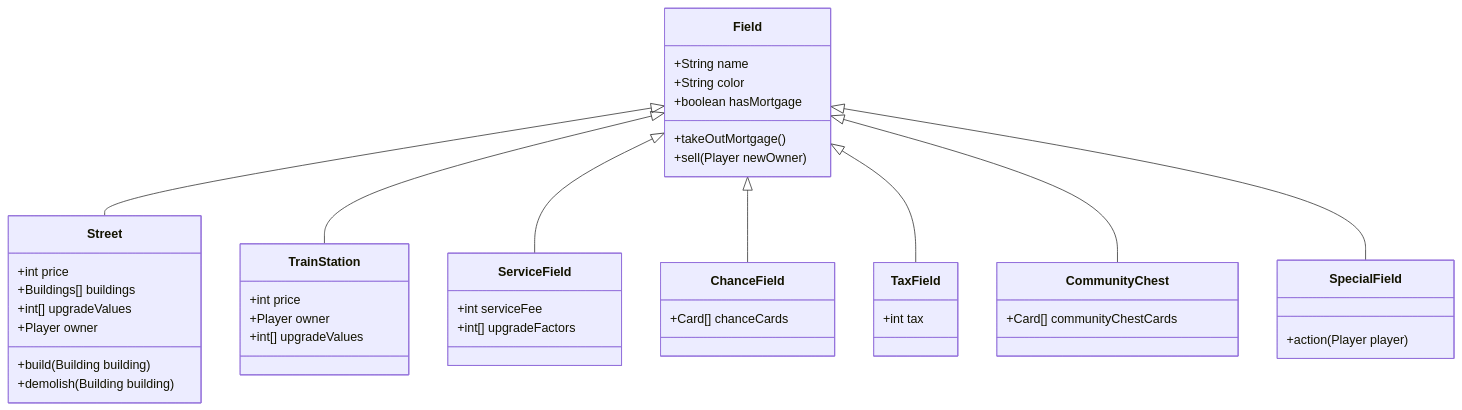
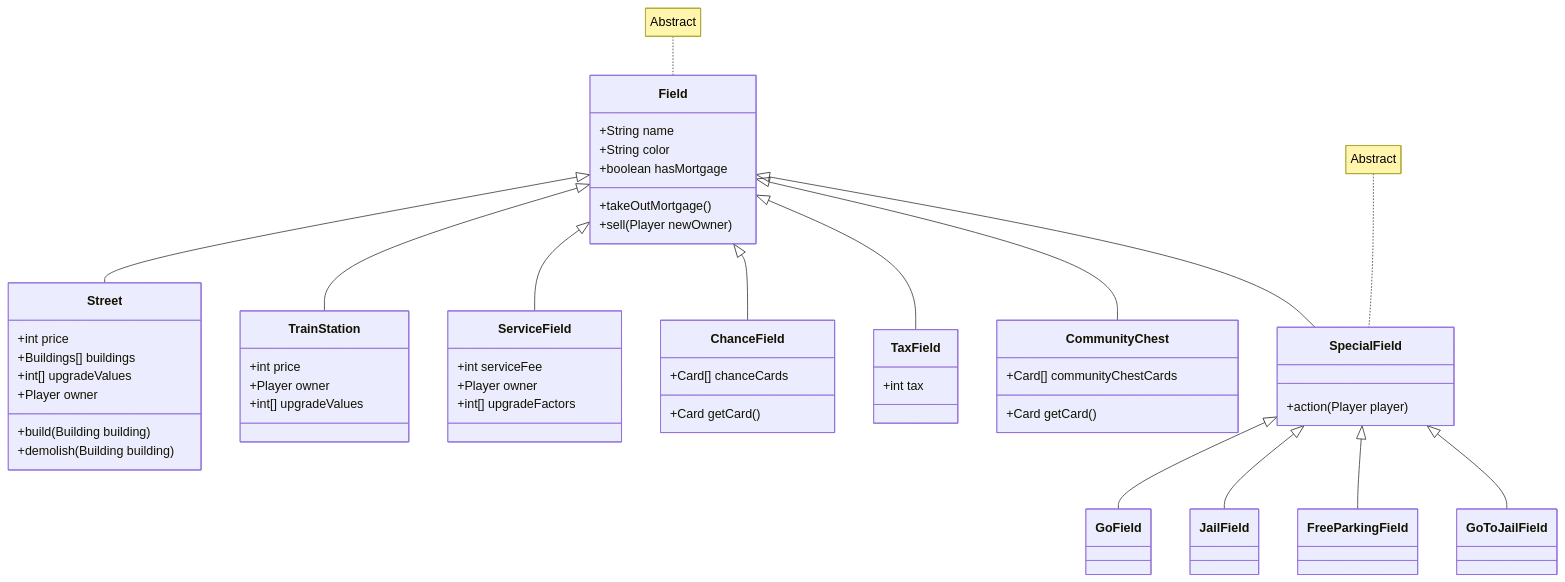
Before and after one commit to mhmFrost/Monopoly: the first of 2 diagrams in classdiagramm.md, drawn with Mermaid. The commit also changed other lines of this file, not shown here.

Commit message:
Updated class diagram.

````diff
--- a/classdiagramm.md
+++ b/classdiagramm.md
@@ -1,47 +1,57 @@
 ``` mermaid
 classDiagram
 Field <|-- Street
 Field <|-- TrainStation
 Field <|-- ServiceField
 Field <|-- ChanceField
 Field <|-- TaxField
 Field <|-- CommunityChest
 Field <|-- SpecialField
+SpecialField <|-- GoField
+SpecialField <|-- JailField
+SpecialField <|-- FreeParkingField
+SpecialField <|-- GoToJailField
+note for Field "Abstract"
+note for SpecialField "Abstract"
 
 class Field{
 +String name 
 +String color
 +boolean hasMortgage
 +takeOutMortgage()
 +sell(Player newOwner)
 }
+
 class Street{
 +int price
 +Buildings[] buildings
 +int[] upgradeValues
 +Player owner
 +build(Building building)
 +demolish(Building building)
 }
 class TrainStation{
 +int price
 +Player owner
 +int[] upgradeValues
 }
 class ServiceField{
 +int serviceFee
++Player owner
 +int[] upgradeFactors
 }
 class ChanceField{
 +Card[] chanceCards
++Card getCard()
 }
 class TaxField{
 +int tax
 }
 class CommunityChest{
 +Card[] communityChestCards
++Card getCard()
 }
 class SpecialField{
 +action(Player player)
 }
 ```
````
